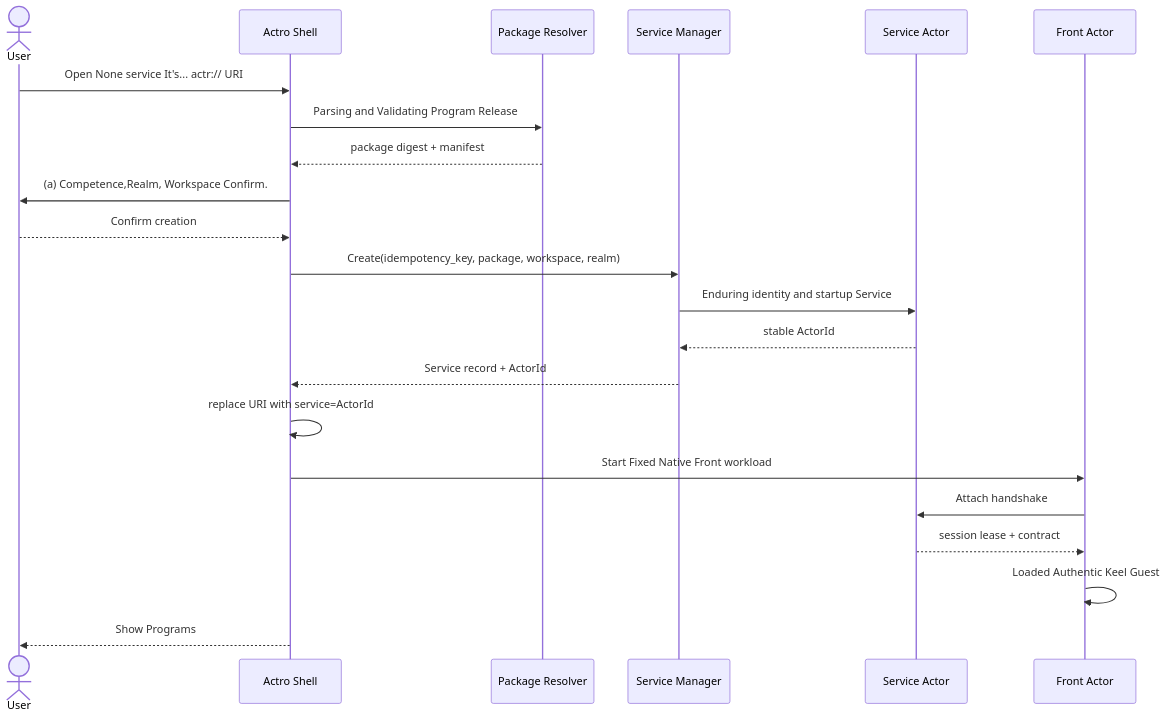
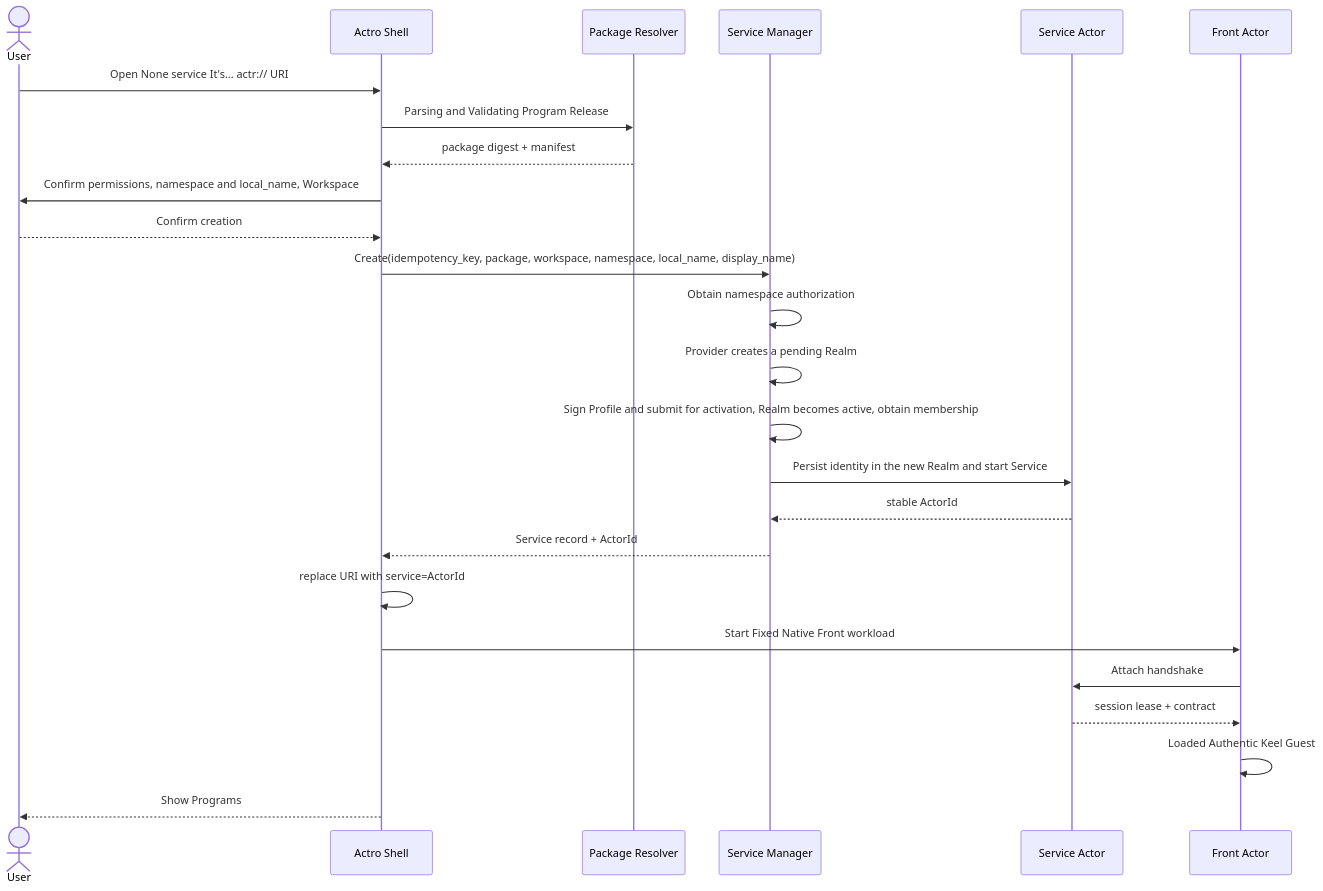
Before and after one commit to Actrium/actrium: the diagram in docs/product/actrium-v1/03-user-experience.md, drawn with Mermaid. The commit also changed other lines of this file and 53 other files, not shown here.

First line of the commit message:
docs: redefine Realm as a per-instance trust domain under a DNS namespace

````diff
--- a/docs/product/actrium-v1/03-user-experience.md
+++ b/docs/product/actrium-v1/03-user-experience.md
@@ -122,25 +122,28 @@
 ```mermaid
 sequenceDiagram
     actor U as User
     participant A as Actro Shell
     participant P as Package Resolver
     participant M as Service Manager
     participant S as Service Actor
     participant F as Front Actor
 
     U->>A: Open None service It's... actr:// URI
     A->>P: Parsing and Validating Program Release
     P-->>A: package digest + manifest
-    A->>U: (a) Competence,Realm, Workspace Confirm.
+    A->>U: Confirm permissions, namespace and local_name, Workspace
     U-->>A: Confirm creation
-    A->>M: Create(idempotency_key, package, workspace, realm)
-    M->>S: Enduring identity and startup Service
+    A->>M: Create(idempotency_key, package, workspace, namespace, local_name, display_name)
+    M->>M: Obtain namespace authorization
+    M->>M: Provider creates a pending Realm
+    M->>M: Sign Profile and submit for activation, Realm becomes active, obtain membership
+    M->>S: Persist identity in the new Realm and start Service
     S-->>M: stable ActorId
     M-->>A: Service record + ActorId
     A->>A: replace URI with service=ActorId
     A->>F: Start Fixed Native Front workload
     F->>S: Attach handshake
     S-->>F: session lease + contract
     F->>F: Loaded Authentic Keel Guest
     A-->>U: Show Programs
 ```
````
